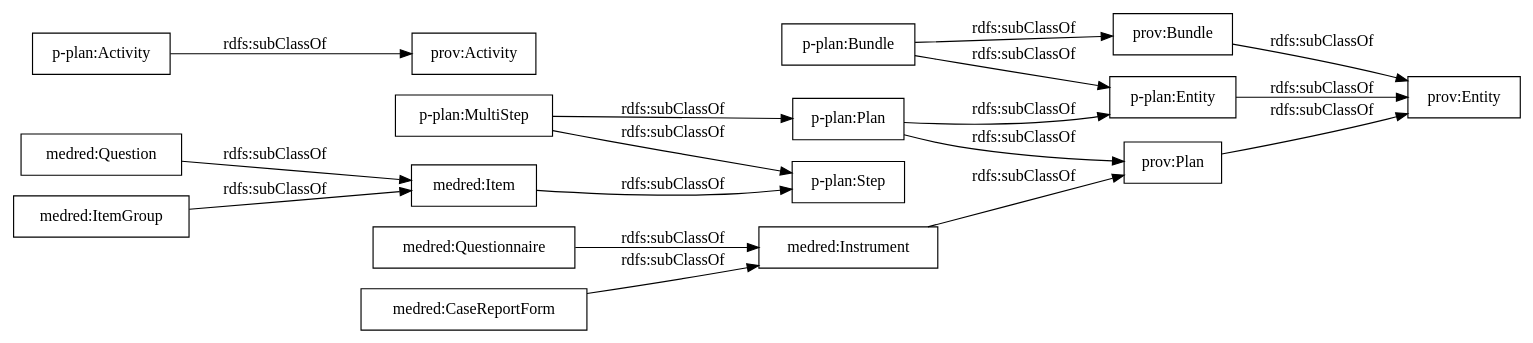
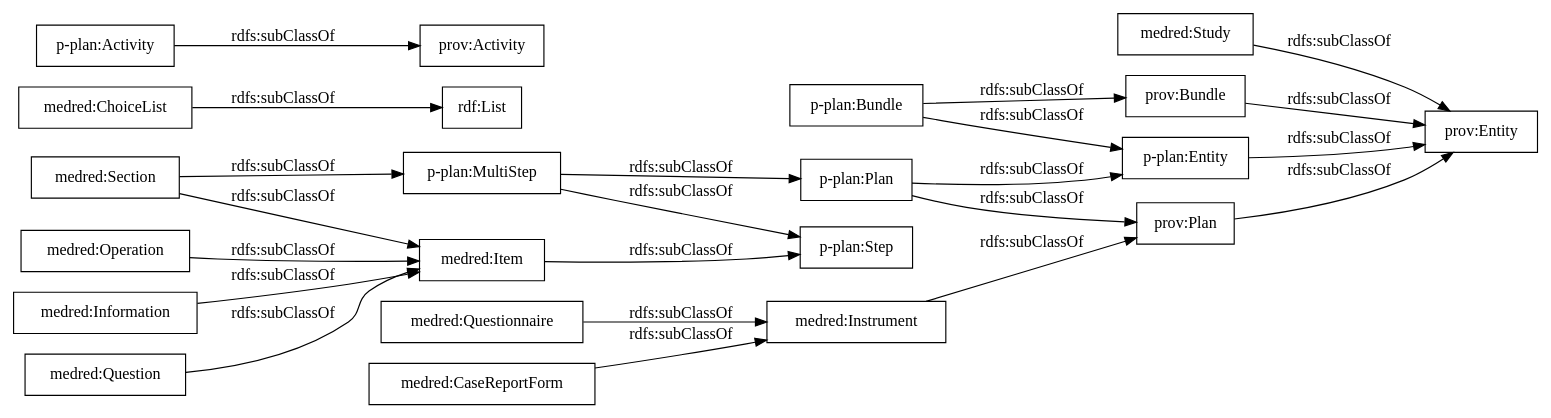
One commit to OnToologyUser/medred changed the diagram in OnToology/ontology/medred.owl/diagrams/ar2dtool-taxonomy/medred.owl.png.dot. Above: the diagram before and after it, drawn with Graphviz. The commit also changed 11 other files, not shown here.

```diff
--- a/OnToology/ontology/medred.owl/diagrams/ar2dtool-taxonomy/medred.owl.png.dot
+++ b/OnToology/ontology/medred.owl/diagrams/ar2dtool-taxonomy/medred.owl.png.dot
@@ -1,22 +1,27 @@
 digraph ar2dtool_diagram { 
 rankdir=LR;
 size="1000"
-node [shape = rectangle, color="black"]; "medred:Questionnaire" "medred:Question" "medred:ItemGroup" "medred:Item" "medred:Instrument" "medred:CaseReportForm" "p-plan:MultiStep" "p-plan:Activity" "p-plan:Step" "p-plan:Entity" "p-plan:Bundle" "prov:Bundle" "prov:Entity" "p-plan:Plan" "prov:Plan" "prov:Activity" ; /*classes style*/
+node [shape = rectangle, color="black"]; "medred:Questionnaire" "medred:Information" "medred:Question" "medred:Instrument" "rdf:List" "medred:Item" "medred:CaseReportForm" "medred:Study" "medred:Section" "medred:ChoiceList" "medred:Operation" "p-plan:MultiStep" "p-plan:Activity" "p-plan:Step" "p-plan:Entity" "p-plan:Bundle" "prov:Bundle" "prov:Entity" "p-plan:Plan" "prov:Plan" "prov:Activity" ; /*classes style*/
+	"medred:Item" -> "p-plan:Step" [ label = "rdfs:subClassOf" ];
+	"medred:Question" -> "medred:Item" [ label = "rdfs:subClassOf" ];
+	"medred:Operation" -> "medred:Item" [ label = "rdfs:subClassOf" ];
+	"medred:ChoiceList" -> "rdf:List" [ label = "rdfs:subClassOf" ];
 	"medred:Questionnaire" -> "medred:Instrument" [ label = "rdfs:subClassOf" ];
-	"medred:Question" -> "medred:Item" [ label = "rdfs:subClassOf" ];
-	"medred:Item" -> "p-plan:Step" [ label = "rdfs:subClassOf" ];
-	"medred:ItemGroup" -> "medred:Item" [ label = "rdfs:subClassOf" ];
 	"p-plan:Entity" -> "prov:Entity" [ label = "rdfs:subClassOf" ];
 	"p-plan:Activity" -> "prov:Activity" [ label = "rdfs:subClassOf" ];
 	"medred:CaseReportForm" -> "medred:Instrument" [ label = "rdfs:subClassOf" ];
 	"prov:Bundle" -> "prov:Entity" [ label = "rdfs:subClassOf" ];
 	"prov:Plan" -> "prov:Entity" [ label = "rdfs:subClassOf" ];
 	"p-plan:Plan" -> "prov:Plan" [ label = "rdfs:subClassOf" ];
 	"p-plan:Plan" -> "p-plan:Entity" [ label = "rdfs:subClassOf" ];
+	"medred:Section" -> "medred:Item" [ label = "rdfs:subClassOf" ];
+	"medred:Section" -> "p-plan:MultiStep" [ label = "rdfs:subClassOf" ];
+	"medred:Study" -> "prov:Entity" [ label = "rdfs:subClassOf" ];
+	"medred:Information" -> "medred:Item" [ label = "rdfs:subClassOf" ];
 	"medred:Instrument" -> "prov:Plan" [ label = "rdfs:subClassOf" ];
 	"p-plan:Bundle" -> "prov:Bundle" [ label = "rdfs:subClassOf" ];
 	"p-plan:Bundle" -> "p-plan:Entity" [ label = "rdfs:subClassOf" ];
 	"p-plan:MultiStep" -> "p-plan:Step" [ label = "rdfs:subClassOf" ];
 	"p-plan:MultiStep" -> "p-plan:Plan" [ label = "rdfs:subClassOf" ];
 
 }
```
